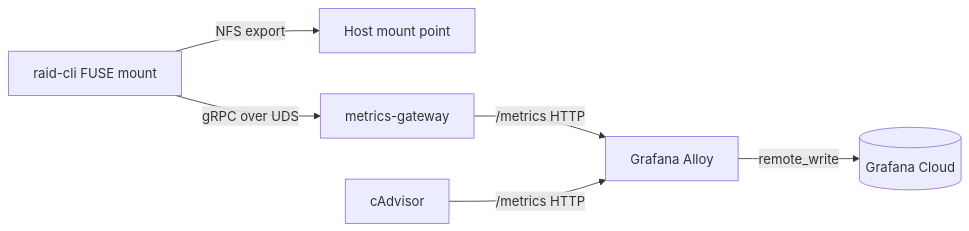
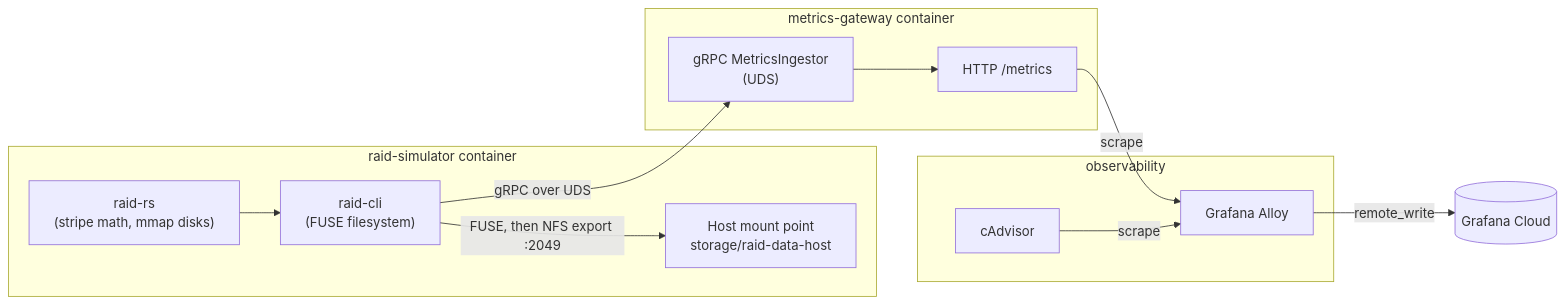
The diagram in README.md (Jan-Chojnacki/Stripe-Slinger), drawn with Mermaid before and after one commit. The commit also changed other lines of this file, not shown here.

First line of the commit message:
Expand architecture diagram and tighten README wording

````diff
--- a/README.md
+++ b/README.md
@@ -38,8 +39,26 @@
 ```mermaid
 flowchart LR
-    fuse[raid-cli FUSE mount] -- NFS export --> host[Host mount point]
-    fuse -- gRPC over UDS --> gateway[metrics-gateway]
-    gateway -- "/metrics HTTP" --> alloy[Grafana Alloy]
-    cadvisor[cAdvisor] -- "/metrics HTTP" --> alloy
-    alloy -- remote_write --> cloud[(Grafana Cloud)]
+    subgraph raidsim["raid-simulator container"]
+        raidrs["raid-rs<br/>(stripe math, mmap disks)"]
+        raidcli["raid-cli<br/>(FUSE filesystem)"]
+        raidrs --> raidcli
+        raidcli -- "FUSE, then NFS export :2049" --> host["Host mount point<br/>storage/raid-data-host"]
+    end
+
+    subgraph gw["metrics-gateway container"]
+        grpcsrv["gRPC MetricsIngestor<br/>(UDS)"]
+        httpsrv["HTTP /metrics"]
+        grpcsrv --> httpsrv
+    end
+
+    raidcli -- "gRPC over UDS" --> grpcsrv
+
+    subgraph obs["observability"]
+        alloy["Grafana Alloy"]
+        cadvisor["cAdvisor"]
+    end
+
+    httpsrv -- scrape --> alloy
+    cadvisor -- scrape --> alloy
+    alloy -- remote_write --> cloud[("Grafana Cloud")]
 ```
````
